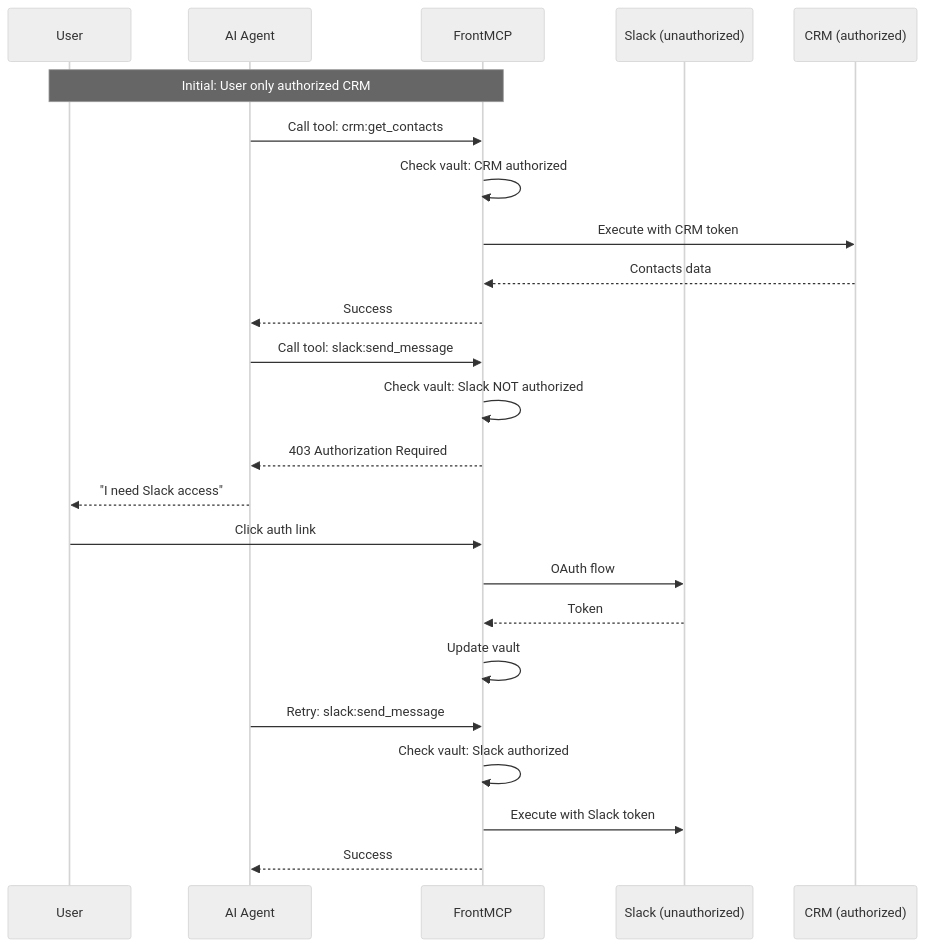
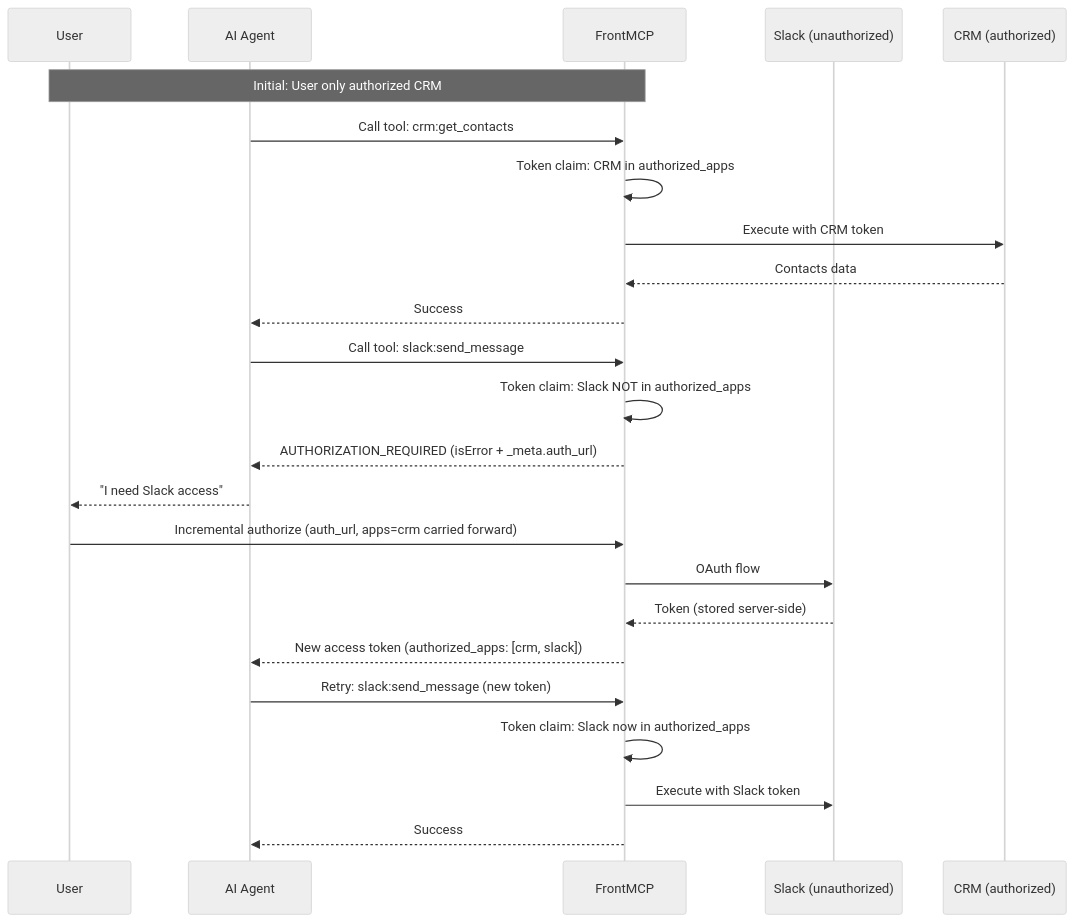
The first of 2 diagrams in docs/frontmcp/authentication/progressive.mdx (agentfront/frontmcp), drawn with Mermaid (neutral theme) before and after one commit. The commit also changed other lines of this file and 247 other files, not shown here.

````diff
--- a/docs/frontmcp/authentication/progressive.mdx
+++ b/docs/frontmcp/authentication/progressive.mdx
@@ -14,33 +14,33 @@
 ```mermaid
 sequenceDiagram
     participant User
     participant Agent as AI Agent
     participant FrontMCP
     participant Slack as Slack (unauthorized)
     participant CRM as CRM (authorized)
 
     Note over User,FrontMCP: Initial: User only authorized CRM
 
     Agent->>FrontMCP: Call tool: crm:get_contacts
-    FrontMCP->>FrontMCP: Check vault: CRM authorized
+    FrontMCP->>FrontMCP: Token claim: CRM in authorized_apps
     FrontMCP->>CRM: Execute with CRM token
     CRM-->>FrontMCP: Contacts data
     FrontMCP-->>Agent: Success
 
     Agent->>FrontMCP: Call tool: slack:send_message
-    FrontMCP->>FrontMCP: Check vault: Slack NOT authorized
+    FrontMCP->>FrontMCP: Token claim: Slack NOT in authorized_apps
 
-    FrontMCP-->>Agent: 403 Authorization Required
+    FrontMCP-->>Agent: AUTHORIZATION_REQUIRED (isError + _meta.auth_url)
 
     Agent-->>User: "I need Slack access"
 
-    User->>FrontMCP: Click auth link
+    User->>FrontMCP: Incremental authorize (auth_url, apps=crm carried forward)
     FrontMCP->>Slack: OAuth flow
-    Slack-->>FrontMCP: Token
-    FrontMCP->>FrontMCP: Update vault
+    Slack-->>FrontMCP: Token (stored server-side)
+    FrontMCP-->>Agent: New access token (authorized_apps: [crm, slack])
 
-    Agent->>FrontMCP: Retry: slack:send_message
-    FrontMCP->>FrontMCP: Check vault: Slack authorized
+    Agent->>FrontMCP: Retry: slack:send_message (new token)
+    FrontMCP->>FrontMCP: Token claim: Slack now in authorized_apps
     FrontMCP->>Slack: Execute with Slack token
     FrontMCP-->>Agent: Success
 ```
````
